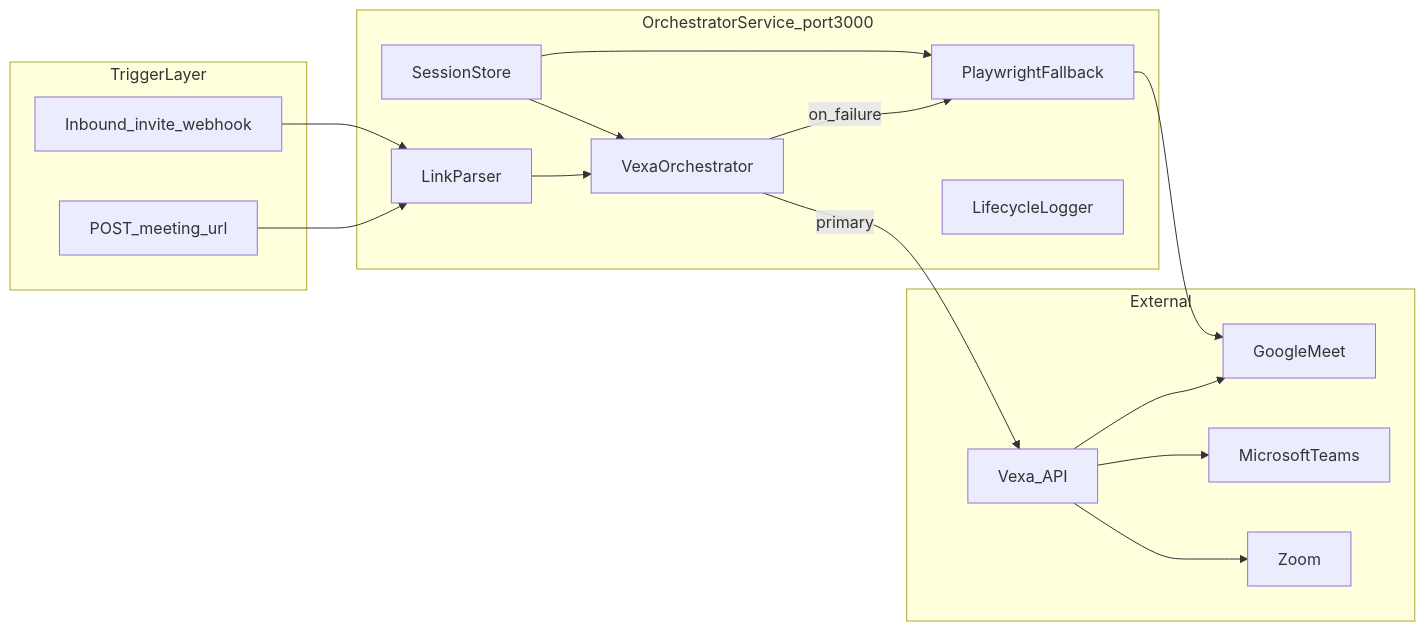
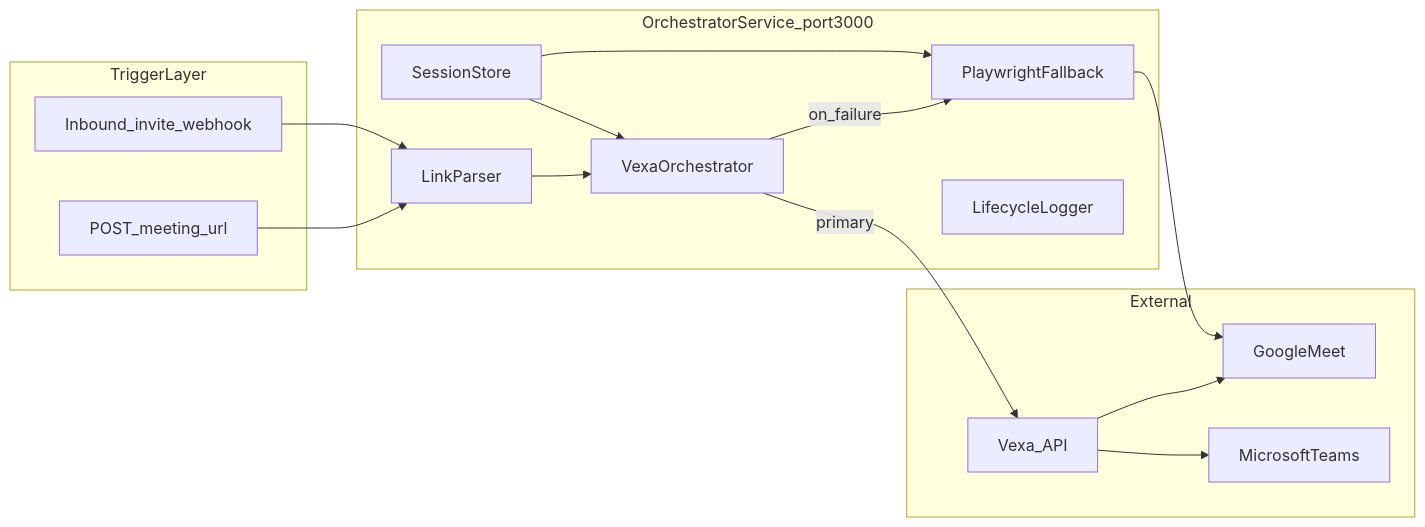
The diagram in TODO.md (renfrrd-ai/central-agent-meeting-bot), drawn with Mermaid before and after one commit. The commit also changed other lines of this file and 5 other files, not shown here.

````diff
--- a/TODO.md
+++ b/TODO.md
@@ -39,31 +40,29 @@
 ```mermaid
 flowchart LR
   subgraph triggers [TriggerLayer]
     URL[POST_meeting_url]
     Email[Inbound_invite_webhook]
   end
   subgraph app [OrchestratorService_port3000]
     Parser[LinkParser]
     Orch[VexaOrchestrator]
     Fallback[PlaywrightFallback]
     Auth[SessionStore]
     Log[LifecycleLogger]
   end
   subgraph external [External]
     Vexa[Vexa_API]
     Meet[GoogleMeet]
     Teams[MicrosoftTeams]
-    Zoom[Zoom]
   end
   URL --> Parser
   Email --> Parser
   Parser --> Orch
   Orch -->|primary| Vexa
   Orch -->|on_failure| Fallback
   Auth --> Orch
   Auth --> Fallback
   Vexa --> Meet
   Vexa --> Teams
-  Vexa --> Zoom
   Fallback --> Meet
 ```
````
